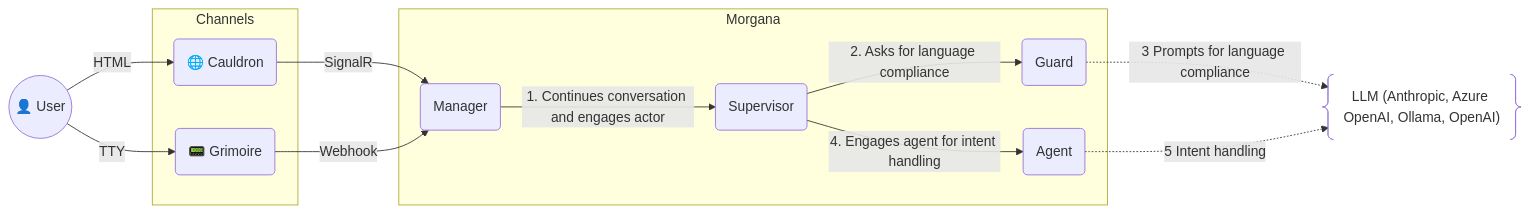
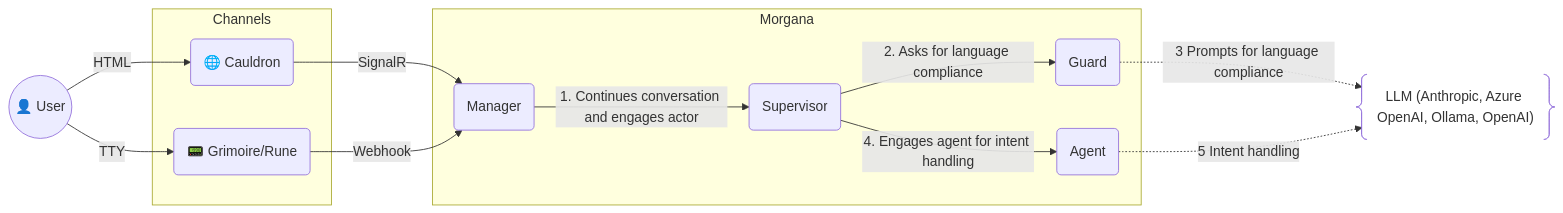
Before and after one commit to mdesalvo/Morgana: the second of 2 diagrams in README.md, drawn with Mermaid. The commit also changed other lines of this file, not shown here.

````diff
--- a/README.md
+++ b/README.md
@@ -171,36 +171,36 @@
 ```mermaid
 graph LR
   U@{shape: circle, label: "👤 User"}
 
   %% Channels (reference clients, out-of-the-box)
   subgraph Channels["Channels"]
     CLD@{shape: rounded, label: "🌐 Cauldron"}
-    RUN@{shape: rounded, label: "📟 Grimoire"}
+    RUN@{shape: rounded, label: "📟 Grimoire/Rune"}
   end
 
   %% Backend boundary
   subgraph Morgana["Morgana"]
     CM@{shape: rounded, label: "Manager"}
     SV@{shape: rounded, label: "Supervisor"}
 
     G@{shape: rounded, label: "Guard"}
     MA@{shape: rounded, label: "Agent"}
   end
 
   %% User → Channel
   U -- HTML --> CLD
   U -- TTY --> RUN
 
   %% Channel → BE
   CLD -- SignalR --> CM
   RUN -- Webhook --> CM
   CM -- 1. Continues conversation and engages actor --> SV
 
   %% Internal BE flow
   SV -- 2. Asks for language compliance --> G
   SV -- 4. Engages agent for intent handling --> MA
 
   %% External systems
   G -. 3 Prompts for language compliance .-> LLM@{shape: braces, label: "LLM (Anthropic, Azure OpenAI, Ollama, OpenAI)"}
   MA -. 5 Intent handling .-> LLM
 ```
````
